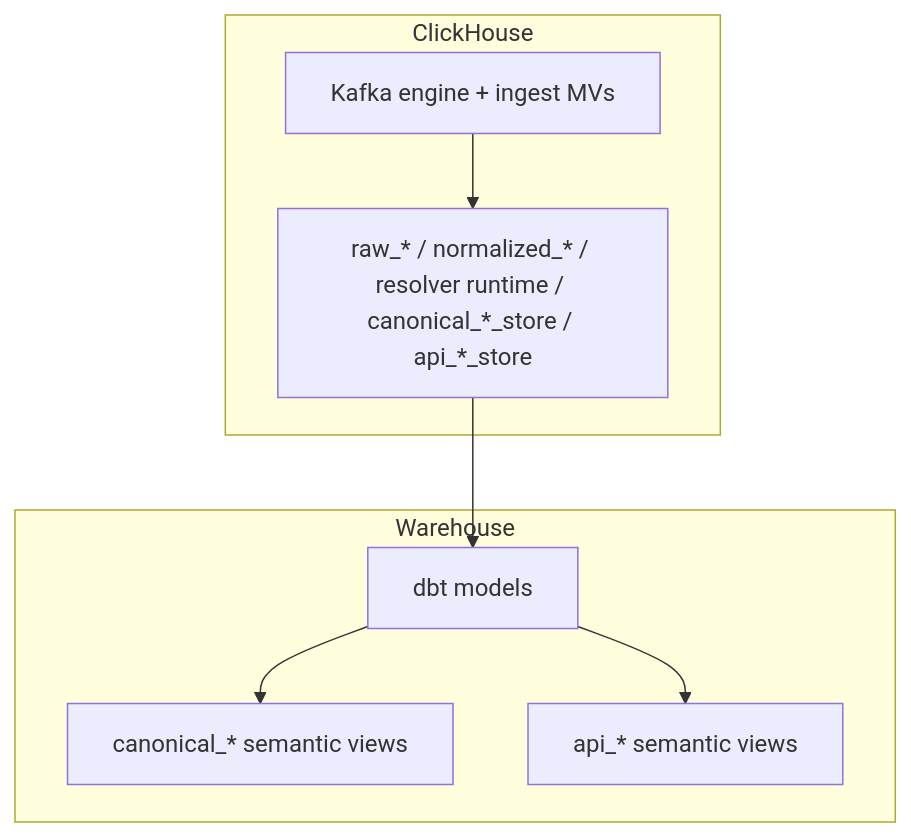
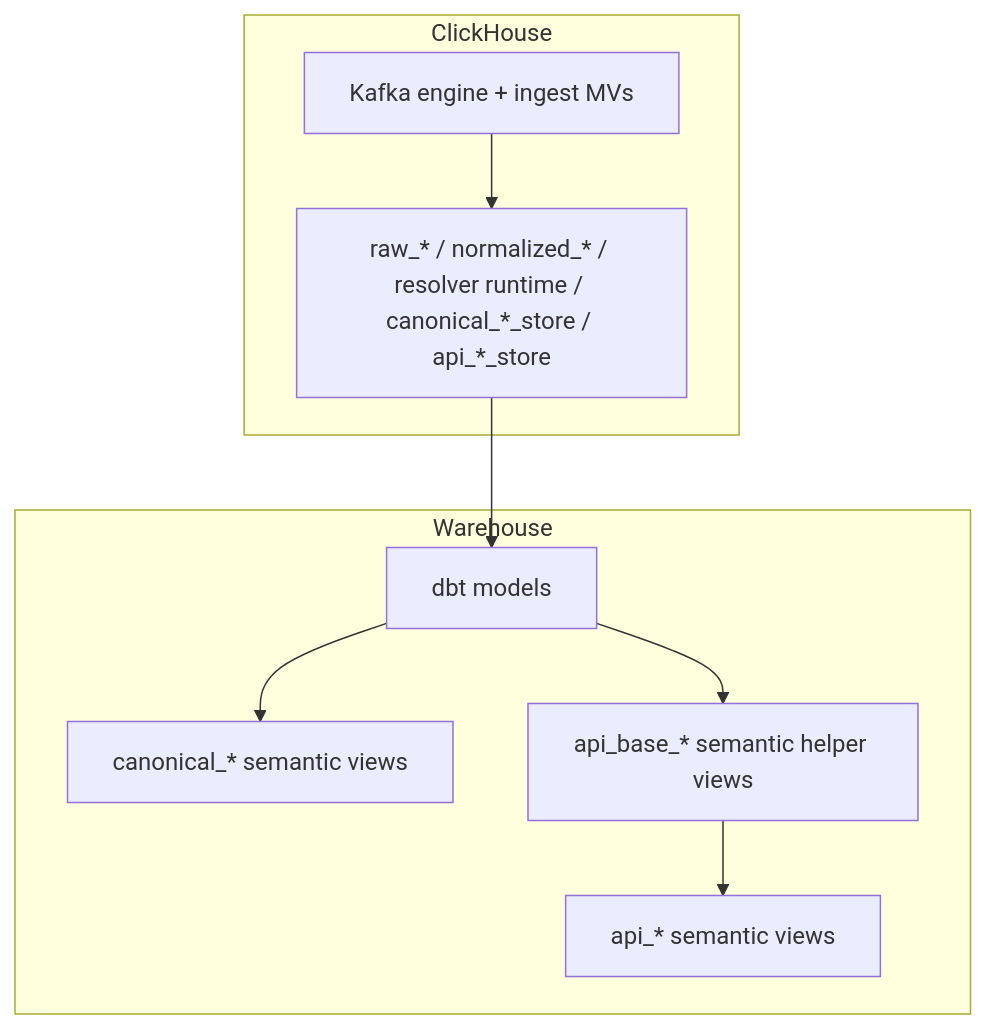
One commit to Cloud-SPE/livepeer-naap-analytics changed the second of 4 diagrams in docs/design-docs/system-visuals.md. Above: the diagram before and after it, drawn with Mermaid. The commit also changed other lines of this file and 55 other files, not shown here.

````diff
--- a/docs/design-docs/system-visuals.md
+++ b/docs/design-docs/system-visuals.md
@@ -39,18 +41,20 @@
 ```mermaid
 flowchart TB
     subgraph ClickHouse
         INGEST[Kafka engine + ingest MVs]
         PHYS[raw_* / normalized_* / resolver runtime / canonical_*_store / api_*_store]
     end
 
     subgraph Warehouse
         DBT[dbt models]
         CAN[canonical_* semantic views]
+        APIB[api_base_* semantic helper views]
         APIV[api_* semantic views]
     end
 
     INGEST --> PHYS
     PHYS --> DBT
     DBT --> CAN
-    DBT --> APIV
+    DBT --> APIB
+    APIB --> APIV
 ```
````
